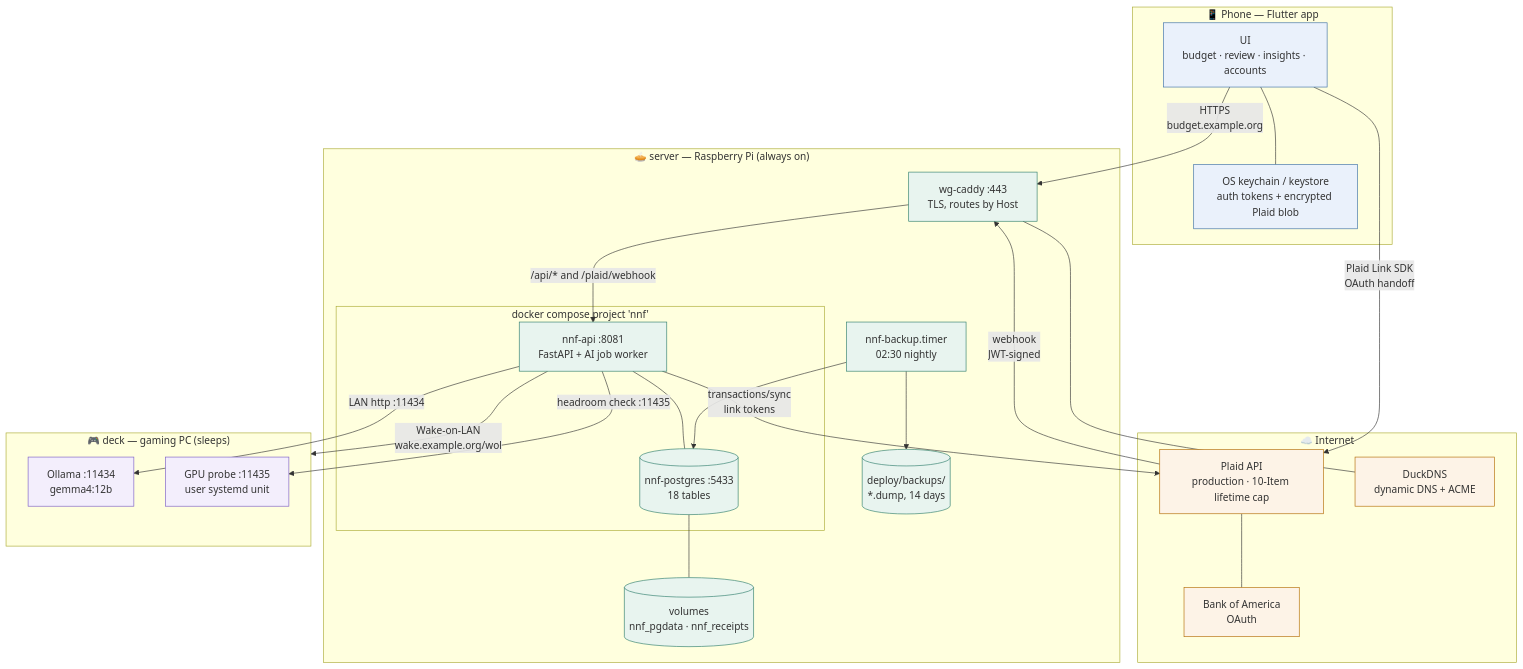
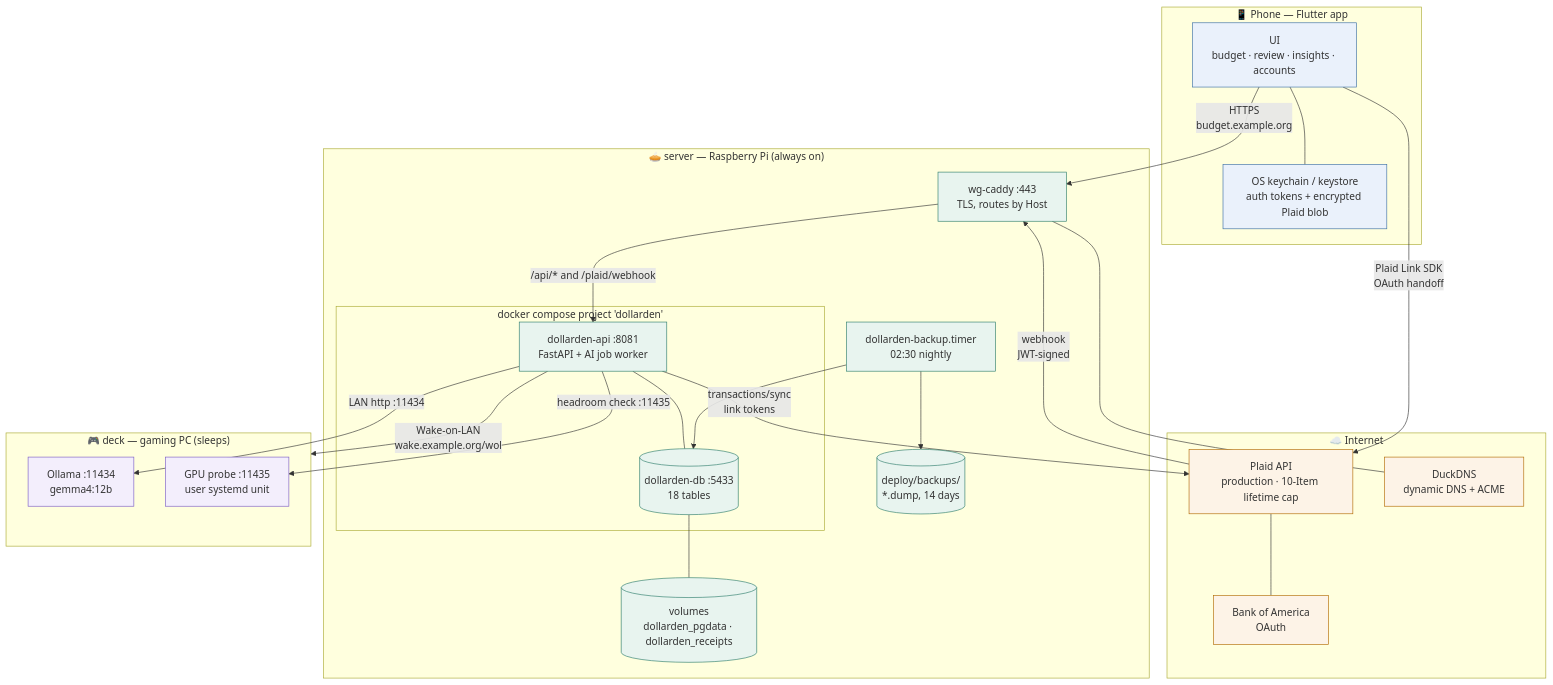
The first of 5 diagrams in docs/14-system-map.md (TheRea1Neil/DollarDen), drawn with Mermaid before and after one commit. The commit also changed other lines of this file and 89 other files, not shown here.

````diff
--- a/docs/14-system-map.md
+++ b/docs/14-system-map.md
@@ -24,54 +24,54 @@
 ```mermaid
 graph TB
     subgraph PHONE["📱 Phone — Flutter app"]
         UI["UI<br/>budget · review · insights · accounts"]
         KS["OS keychain / keystore<br/>auth tokens + encrypted Plaid blob"]
         UI --- KS
     end
 
     subgraph INTERNET["☁️ Internet"]
         PLAID["Plaid API<br/>production · 10-Item lifetime cap"]
         BANK["Bank of America<br/>OAuth"]
         DUCK["DuckDNS<br/>dynamic DNS + ACME"]
     end
 
     subgraph PI["🥧 server — Raspberry Pi (always on)"]
         CADDY["wg-caddy :443<br/>TLS, routes by Host"]
-        subgraph NNF["docker compose project 'nnf'"]
-            API["nnf-api :8081<br/>FastAPI + AI job worker"]
-            PG[("nnf-postgres :5433<br/>18 tables")]
+        subgraph DOLLARDEN["docker compose project 'dollarden'"]
+            API["dollarden-api :8081<br/>FastAPI + AI job worker"]
+            PG[("dollarden-db :5433<br/>18 tables")]
         end
-        VOL[("volumes<br/>nnf_pgdata · nnf_receipts")]
-        BK["nnf-backup.timer<br/>02:30 nightly"]
+        VOL[("volumes<br/>dollarden_pgdata · dollarden_receipts")]
+        BK["dollarden-backup.timer<br/>02:30 nightly"]
         DUMPS[("deploy/backups/<br/>*.dump, 14 days")]
     end
 
     subgraph DECK["🎮 deck — gaming PC (sleeps)"]
         OLL["Ollama :11434<br/>gemma4:12b"]
         PROBE["GPU probe :11435<br/>user systemd unit"]
     end
 
     UI -->|"HTTPS<br/>budget.example.org"| CADDY
     CADDY -->|"/api/* and /plaid/webhook"| API
     API --- PG
     PG --- VOL
     PLAID -->|"webhook<br/>JWT-signed"| CADDY
     API -->|"transactions/sync<br/>link tokens"| PLAID
     UI -->|"Plaid Link SDK<br/>OAuth handoff"| PLAID
     PLAID --- BANK
     API -->|"LAN http :11434"| OLL
     API -->|"headroom check :11435"| PROBE
     API -->|"Wake-on-LAN<br/>wake.example.org/wol"| DECK
     BK --> PG
     BK --> DUMPS
     CADDY --- DUCK
 
     classDef pi fill:#e8f4ef,stroke:#2E7D6B
     classDef deck fill:#f3eefc,stroke:#7a5cc4
     classDef ext fill:#fdf3e7,stroke:#b26a00
     classDef phone fill:#eaf1fb,stroke:#3a6ea5
     class API,PG,CADDY,VOL,BK,DUMPS pi
     class OLL,PROBE deck
     class PLAID,BANK,DUCK ext
     class UI,KS phone
 ```
````
